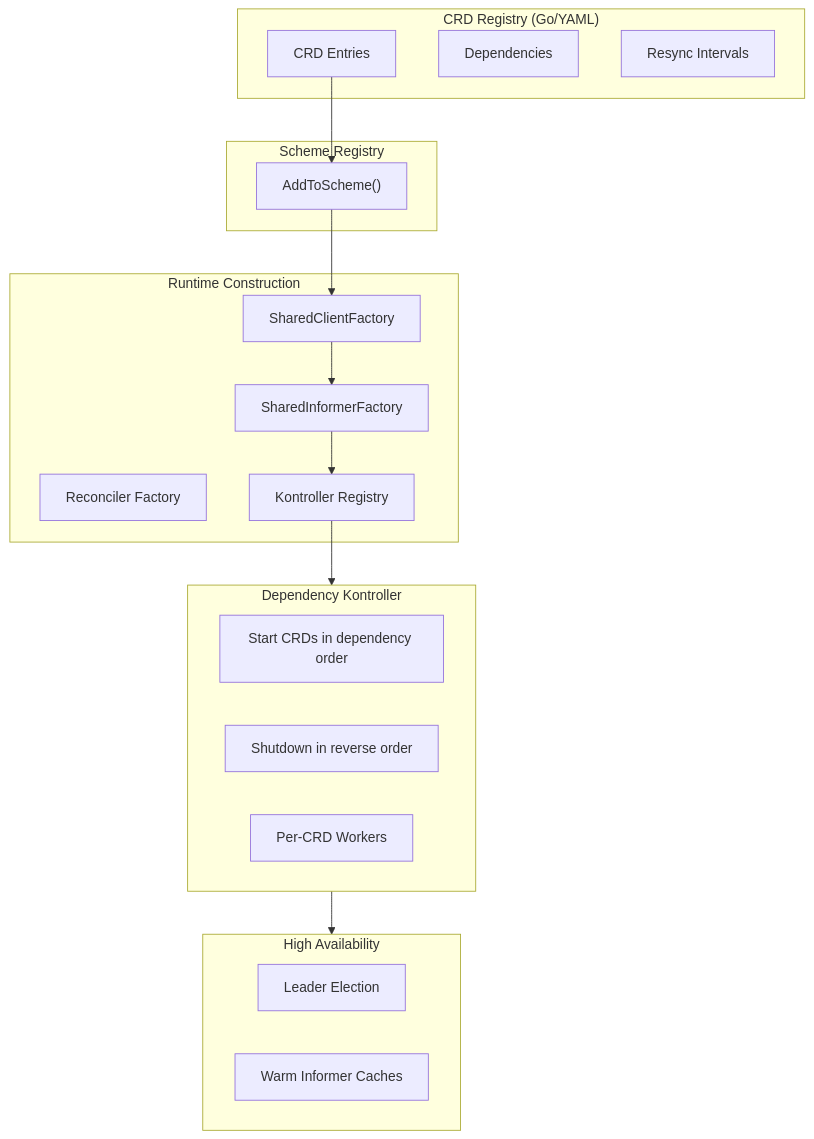
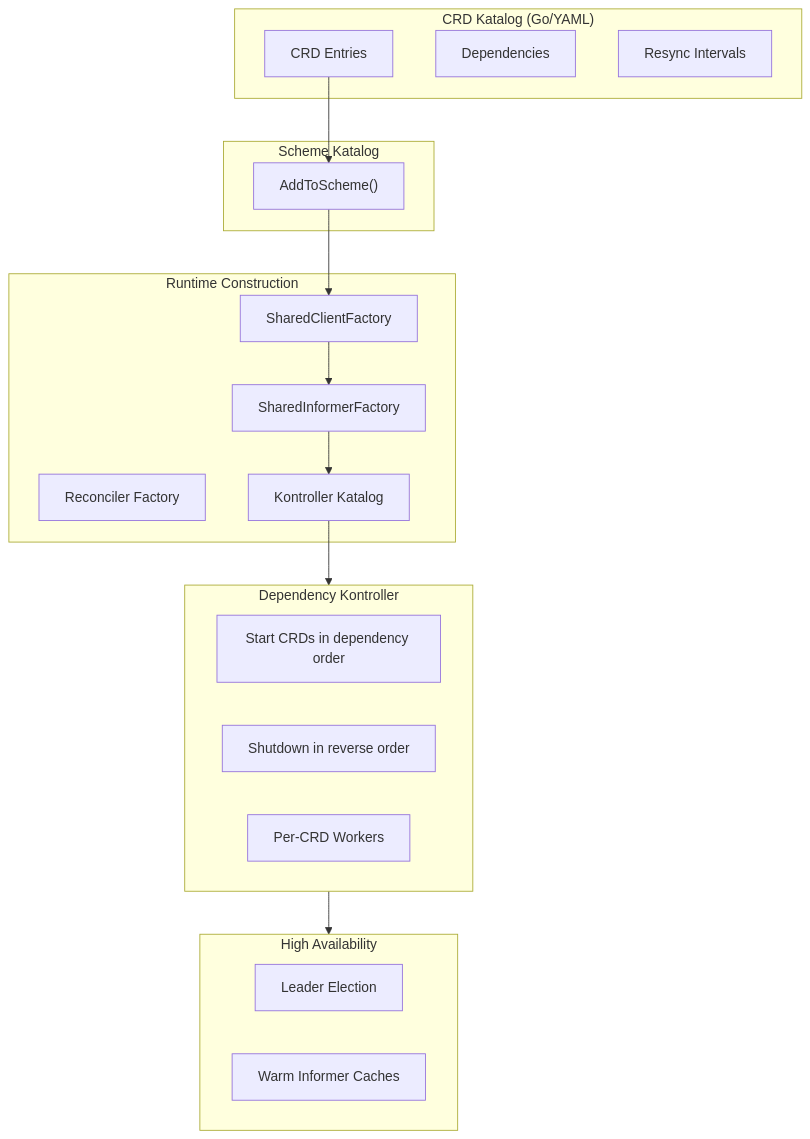
Before and after one commit to iAlexeze/orkestra: the diagram in docs/component-deep-dive.md, drawn with Mermaid. The commit also changed other lines of this file and 10 other files, not shown here.

First line of the commit message:
feat(katalog): introduce Katalog system and unify CRD loading pipeline

````diff
--- a/docs/component-deep-dive.md
+++ b/docs/component-deep-dive.md
@@ -23,37 +23,37 @@
 ```mermaid
 flowchart TB
-    subgraph Registry["CRD Registry (Go/YAML)"]
+    subgraph Katalog["CRD Katalog (Go/YAML)"]
         CRD["CRD Entries"]
         DEP["Dependencies"]
         RESYNC["Resync Intervals"]
     end
 
-    subgraph Scheme["Scheme Registry"]
+    subgraph Scheme["Scheme Katalog"]
         SCH["AddToScheme()"]
     end
 
     subgraph Runtime["Runtime Construction"]
         CPF["SharedClientFactory"]
         INF["SharedInformerFactory"]
         CREC["Reconciler Factory"]
-        CREG["Kontroller Registry"]
+        CREG["Kontroller Katalog"]
     end
 
     subgraph Control["Dependency Kontroller"]
         START["Start CRDs in dependency order"]
         STOP["Shutdown in reverse order"]
         WORK["Per‑CRD Workers"]
     end
 
     subgraph HA["High Availability"]
         LE["Leader Election"]
         CACHE["Warm Informer Caches"]
     end
 
     CRD --> SCH
     SCH --> CPF
     CPF --> INF
     INF --> CREG
     CREG --> Control
     Control --> HA
 ```
````
